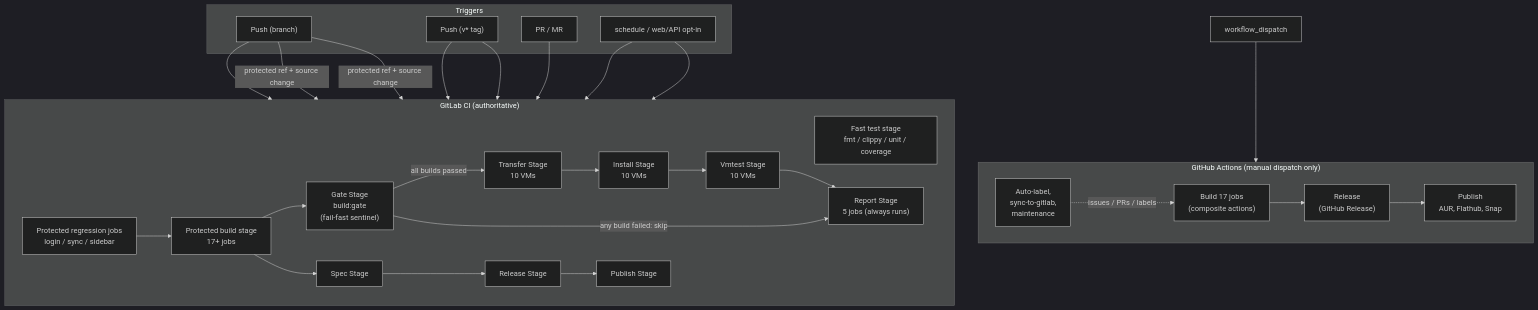
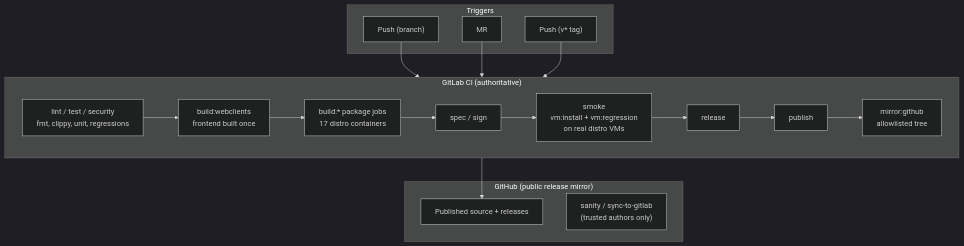
One commit to DonnieDice/protondrive-linux changed the diagram in docs/ci-cd/ci-pipeline.md. Above: the diagram before and after it, drawn with Mermaid (dark theme). The commit also changed other lines of this file and 6 other files, not shown here.

````diff
--- a/docs/ci-cd/ci-pipeline.md
+++ b/docs/ci-cd/ci-pipeline.md
@@ -37,49 +37,31 @@
 ```mermaid
 flowchart TD
     subgraph Triggers
         PUSH["Push (branch)"]
         TAG["Push (v* tag)"]
-        PR["PR / MR"]
-        SCHED["schedule / web/API opt-in"]
+        PR["MR"]
     end
 
     subgraph GitLab_CI["GitLab CI (authoritative)"]
         direction LR
-        GL_TEST["Fast test stage\nfmt / clippy / unit / coverage"]
-        GL_REG["Protected regression jobs\nlogin / sync / sidebar"]
-        GL_BUILD["Protected build stage\n17+ jobs"]
-        GL_GATE["Gate Stage\nbuild:gate\n(fail-fast sentinel)"]
-        GL_TRANSFER["Transfer Stage\n10 VMs"]
-        GL_INSTALL["Install Stage\n10 VMs"]
-        GL_VMTEST["Vmtest Stage\n10 VMs"]
-        GL_REPORT["Report Stage\n5 jobs (always runs)"]
-        GL_SPEC["Spec Stage"]
-        GL_REL["Release Stage"]
-        GL_PUB["Publish Stage"]
+        GL_TEST["lint / test / security\nfmt, clippy, unit, regressions"]
+        GL_WC["build:webclients\nfrontend built once"]
+        GL_BUILD["build:* package jobs\n17 distro containers"]
+        GL_SPEC["spec / sign"]
+        GL_SMOKE["smoke\nvm:install + vm:regression\non real distro VMs"]
+        GL_REL["release"]
+        GL_PUB["publish"]
+        GL_MIRROR["mirror:github\nallowlisted tree"]
     end
 
-    subgraph GitHub_Actions["GitHub Actions (manual dispatch only)"]
-        direction LR
-        GH_BUILD["Build 17 jobs\n(composite actions)"]
-        GH_MISC["Auto-label,\nsync-to-gitlab,\nmaintenance"]
-        GH_REL["Release\n(GitHub Release)"]
-        GH_PUB["Publish\nAUR, Flathub, Snap"]
+    subgraph GitHub["GitHub (public release mirror)"]
+        GH_PUBLIC["Published source + releases"]
+        GH_MISC["sanity / sync-to-gitlab\n(trusted authors only)"]
     end
 
-    GR_TRIGGER["workflow_dispatch"] --> GH_BUILD
     PUSH --> GL_TEST
     PR --> GL_TEST
     TAG --> GL_TEST
-    SCHED --> GL_REG
-    SCHED --> GL_BUILD
-    TAG --> GL_REG --> GL_BUILD
-    PUSH -->|"protected ref + source change"| GL_REG
-    PUSH -->|"protected ref + source change"| GL_BUILD
-
-    GL_BUILD --> GL_GATE
-    GL_GATE -->|"all builds passed"| GL_TRANSFER --> GL_INSTALL --> GL_VMTEST --> GL_REPORT
-    GL_GATE -->|"any build failed: skip"| GL_REPORT
-    GL_BUILD --> GL_SPEC --> GL_REL --> GL_PUB
-    GH_BUILD --> GH_REL --> GH_PUB
-    GH_MISC -.->|"issues / PRs / labels"| GH_BUILD
+    GL_TEST --> GL_WC --> GL_BUILD
+    GL_BUILD --> GL_SPEC --> GL_SMOKE --> GL_REL --> GL_PUB --> GL_MIRROR --> GH_PUBLIC
 ```
````
